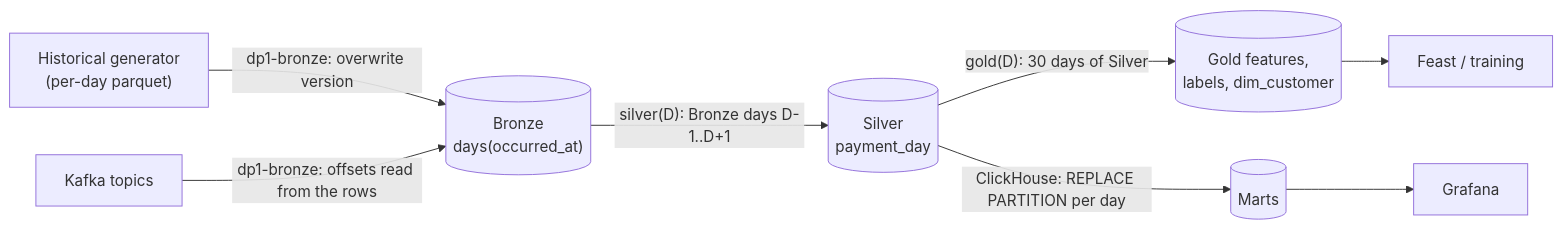
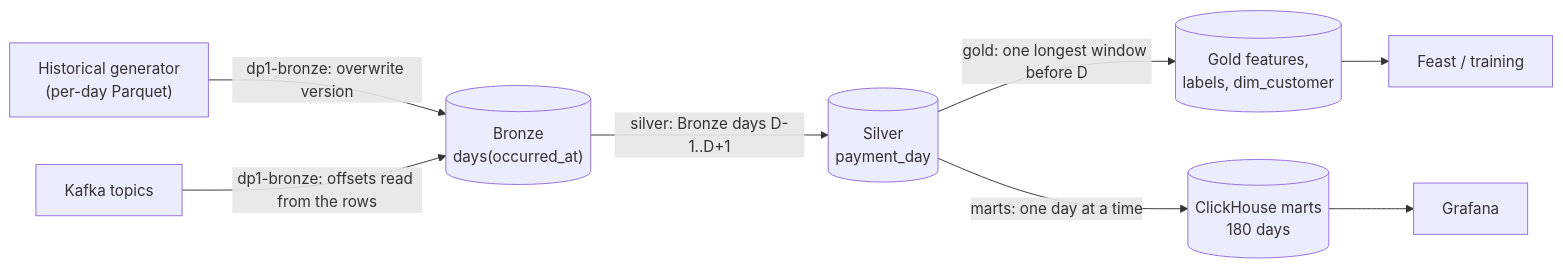
Before and after one commit to phuchoang2603/payment-gateway-fraud-detection: the first of 3 diagrams in docs/data/offline.md, drawn with Mermaid. The commit also changed other lines of this file and 37 other files, not shown here.

````diff
--- a/docs/data/offline.md
+++ b/docs/data/offline.md
@@ -43,10 +44,10 @@
 ```mermaid
 flowchart LR
-    gen["Historical generator<br/>(per-day parquet)"] -->|"dp1-bronze: overwrite version"| bronze
+    gen["Historical generator<br/>(per-day Parquet)"] -->|"dp1-bronze: overwrite version"| bronze
     kafka["Kafka topics"] -->|"dp1-bronze: offsets read from the rows"| bronze
-    bronze[("Bronze<br/>days(occurred_at)")] -->|"silver(D): Bronze days D-1..D+1"| silver
-    silver[("Silver<br/>payment_day")] -->|"gold(D): 30 days of Silver"| gold[("Gold features,<br/>labels, dim_customer")]
-    silver -->|"ClickHouse: REPLACE PARTITION per day"| marts[("Marts")]
+    bronze[("Bronze<br/>days(occurred_at)")] -->|"silver: Bronze days D-1..D+1"| silver
+    silver[("Silver<br/>payment_day")] -->|"gold: one longest window before D"| gold[("Gold features,<br/>labels, dim_customer")]
+    silver -->|"marts: one day at a time"| marts[("ClickHouse marts<br/>180 days")]
     gold --> feast["Feast / training"]
     marts --> grafana["Grafana"]
 ```
````
